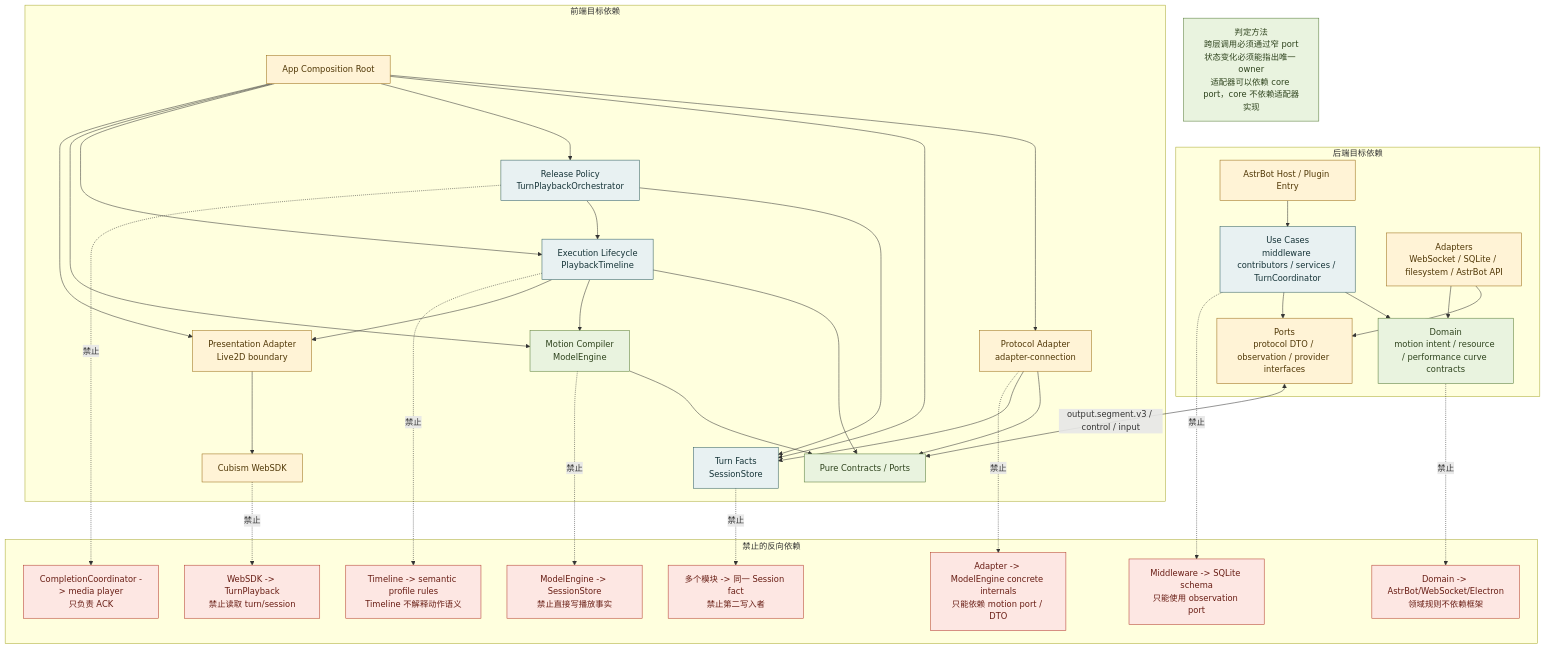
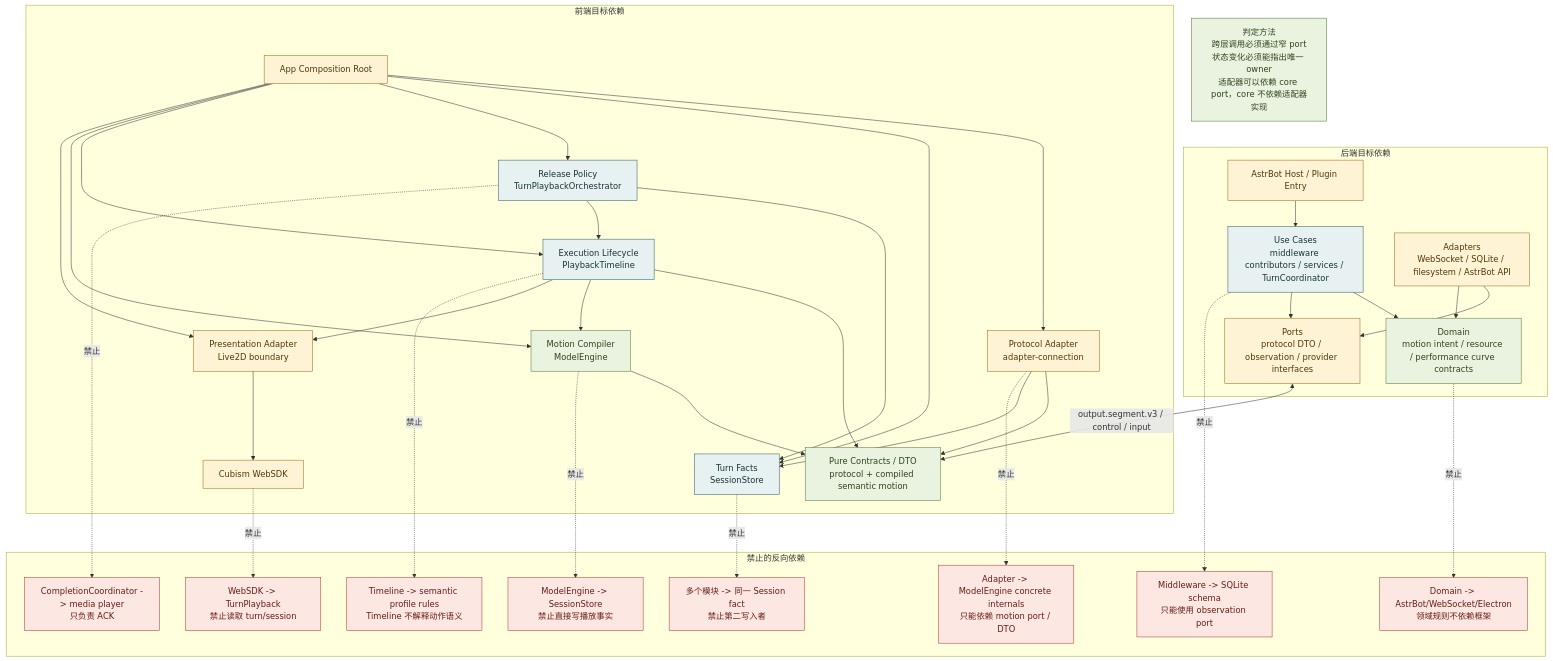
One commit to murphys7017/AG99live changed the diagram in docs/04-流程图与分析图/06-目标依赖规则图.mmd. Above: the diagram before and after it, drawn with Mermaid. The commit also changed 5 other files, not shown here.

Commit message:
docs: align diagrams with runtime ownership

```diff
--- a/docs/04-流程图与分析图/06-目标依赖规则图.mmd
+++ b/docs/04-流程图与分析图/06-目标依赖规则图.mmd
@@ -1,72 +1,72 @@
 flowchart TB
     classDef allowed fill:#e9f3df,stroke:#557a35,color:#2e431d
     classDef boundary fill:#fff3d6,stroke:#9a6b14,color:#513807
     classDef core fill:#e8f1f2,stroke:#2f5d62,color:#163438
     classDef forbidden fill:#fde7e3,stroke:#b33a2b,color:#681d14
 
     subgraph BACK[后端目标依赖]
         BHOST[AstrBot Host / Plugin Entry]:::boundary
         BUSE[Use Cases<br/>middleware contributors / services / TurnCoordinator]:::core
         BDOMAIN[Domain<br/>motion intent / resource / performance curve contracts]:::allowed
         BPORT[Ports<br/>protocol DTO / observation / provider interfaces]:::boundary
         BADAPTER[Adapters<br/>WebSocket / SQLite / filesystem / AstrBot API]:::boundary
 
         BHOST --> BUSE
         BUSE --> BDOMAIN
         BUSE --> BPORT
         BADAPTER --> BPORT
         BADAPTER --> BDOMAIN
     end
 
     subgraph FRONT[前端目标依赖]
         FROOT[App Composition Root]:::boundary
         FINBOUND[Protocol Adapter<br/>adapter-connection]:::boundary
         FFACT[Turn Facts<br/>SessionStore]:::core
         FORCH[Release Policy<br/>TurnPlaybackOrchestrator]:::core
         FTL[Execution Lifecycle<br/>PlaybackTimeline]:::core
         FME[Motion Compiler<br/>ModelEngine]:::allowed
         FLIVE[Presentation Adapter<br/>Live2D boundary]:::boundary
         FSDK[Cubism WebSDK]:::boundary
-        FPORT[Pure Contracts / Ports]:::allowed
+        FPORT[Pure Contracts / DTO<br/>protocol + compiled semantic motion]:::allowed
 
         FROOT --> FINBOUND
         FROOT --> FFACT
         FROOT --> FORCH
         FROOT --> FTL
         FROOT --> FME
         FROOT --> FLIVE
 
         FINBOUND --> FPORT
         FINBOUND --> FFACT
         FORCH --> FFACT
         FORCH --> FTL
         FTL --> FPORT
         FTL --> FME
         FTL --> FLIVE
         FME --> FPORT
         FLIVE --> FSDK
     end
 
     BPORT <-->|output.segment.v3 / control / input| FPORT
 
     subgraph NO[禁止的反向依赖]
         N1[ModelEngine -> SessionStore<br/>禁止直接写播放事实]:::forbidden
         N2[WebSDK -> TurnPlayback<br/>禁止读取 turn/session]:::forbidden
         N3[Adapter -> ModelEngine concrete internals<br/>只能依赖 motion port / DTO]:::forbidden
         N4[Timeline -> semantic profile rules<br/>Timeline 不解释动作语义]:::forbidden
         N5[Middleware -> SQLite schema<br/>只能使用 observation port]:::forbidden
         N6[Domain -> AstrBot/WebSocket/Electron<br/>领域规则不依赖框架]:::forbidden
         N7[CompletionCoordinator -> media player<br/>只负责 ACK]:::forbidden
         N8[多个模块 -> 同一 Session fact<br/>禁止第二写入者]:::forbidden
     end
 
     FME -.禁止.-> N1
     FSDK -.禁止.-> N2
     FINBOUND -.禁止.-> N3
     FTL -.禁止.-> N4
     BUSE -.禁止.-> N5
     BDOMAIN -.禁止.-> N6
     FORCH -.禁止.-> N7
     FFACT -.禁止.-> N8
 
     RULE[判定方法<br/>跨层调用必须通过窄 port<br/>状态变化必须能指出唯一 owner<br/>适配器可以依赖 core port，core 不依赖适配器实现]:::allowed
```
